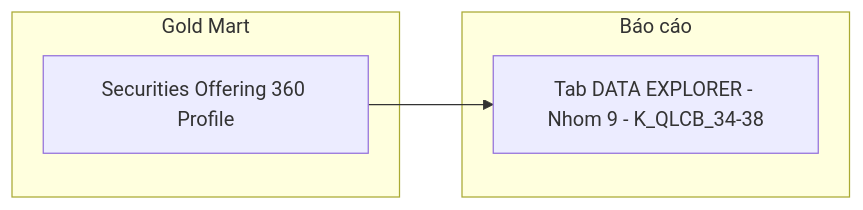
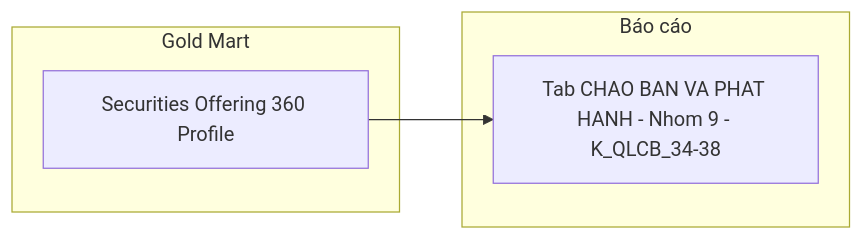
Diagram 11 of 14 in Gold/hld/GOLD_QLCB_HLD.md (linhlvit/ubck_atomic_design), drawn with Mermaid before and after one commit. The commit also changed other lines of this file, not shown here.

Commit message:
update HLD QLCB

````diff
--- a/Gold/hld/GOLD_QLCB_HLD.md
+++ b/Gold/hld/GOLD_QLCB_HLD.md
@@ -754,10 +604,10 @@
 ```mermaid
 flowchart LR
     subgraph GOLD["Gold Mart"]
         G1["Securities Offering 360 Profile"]
     end
     subgraph RPT["Báo cáo"]
-        R9["Tab DATA EXPLORER - Nhom 9 - K_QLCB_34-38"]
+        R9["Tab CHAO BAN VA PHAT HANH - Nhom 9 - K_QLCB_34-38"]
     end
     G1 --> R9
 ```
````
